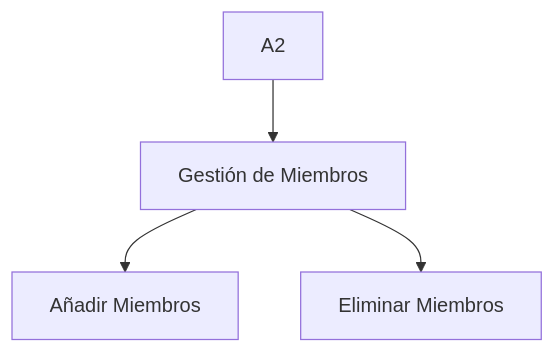
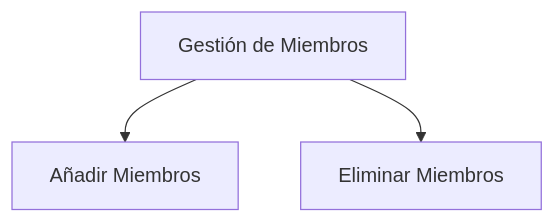
Before and after one commit to fedesantamarina/az-104: the fifth of 6 diagrams in Manage user and group properties.md, drawn with Mermaid. The commit also changed other lines of this file, not shown here.

````diff
--- a/Manage user and group properties.md
+++ b/Manage user and group properties.md
@@ -77,6 +77,5 @@
 ```mermaid
 graph TD;
-  A2 --> B2[Gestión de Miembros]
-  B2 --> C1[Añadir Miembros]
+  B2[Gestión de Miembros] --> C1[Añadir Miembros]
   B2 --> C2[Eliminar Miembros]
 ```
````
